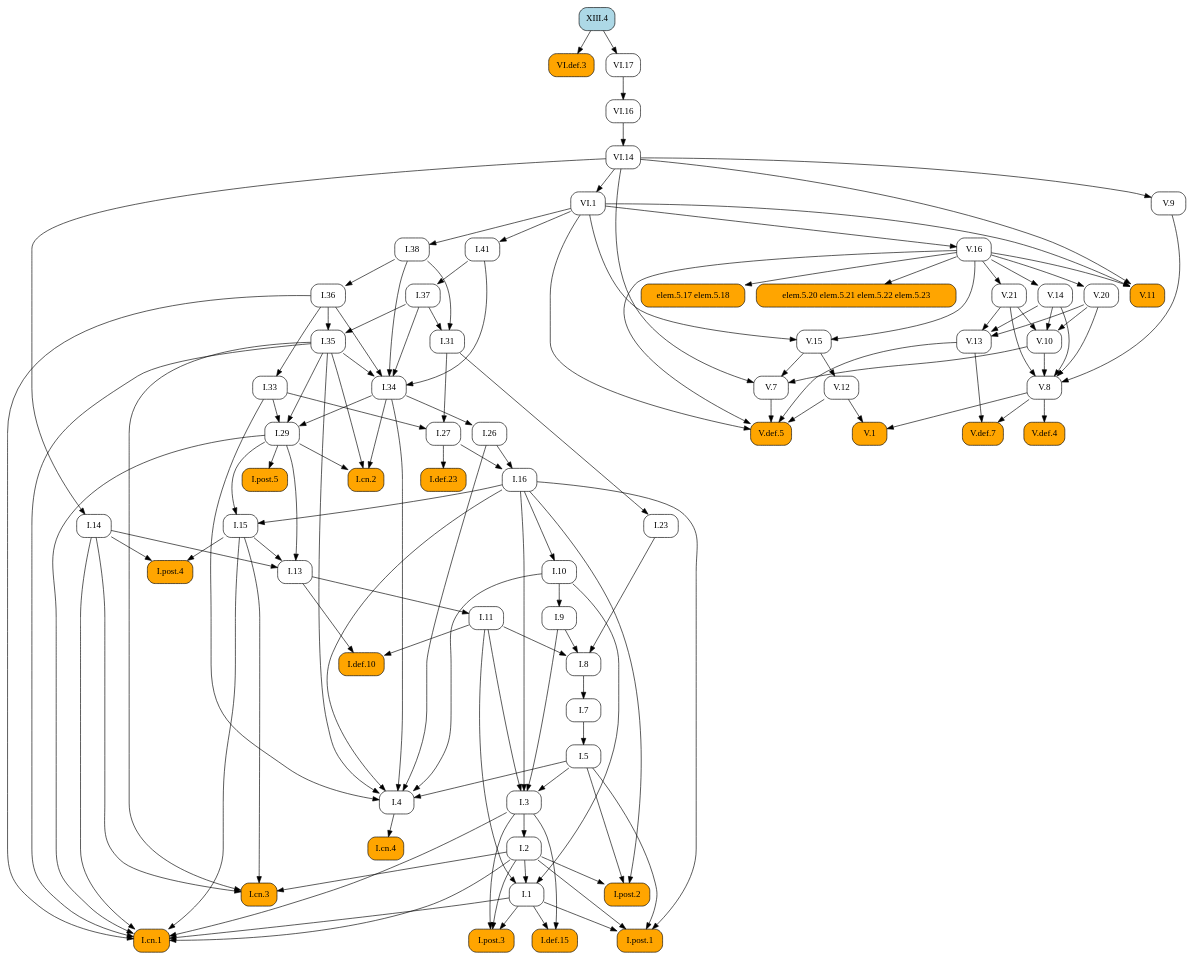
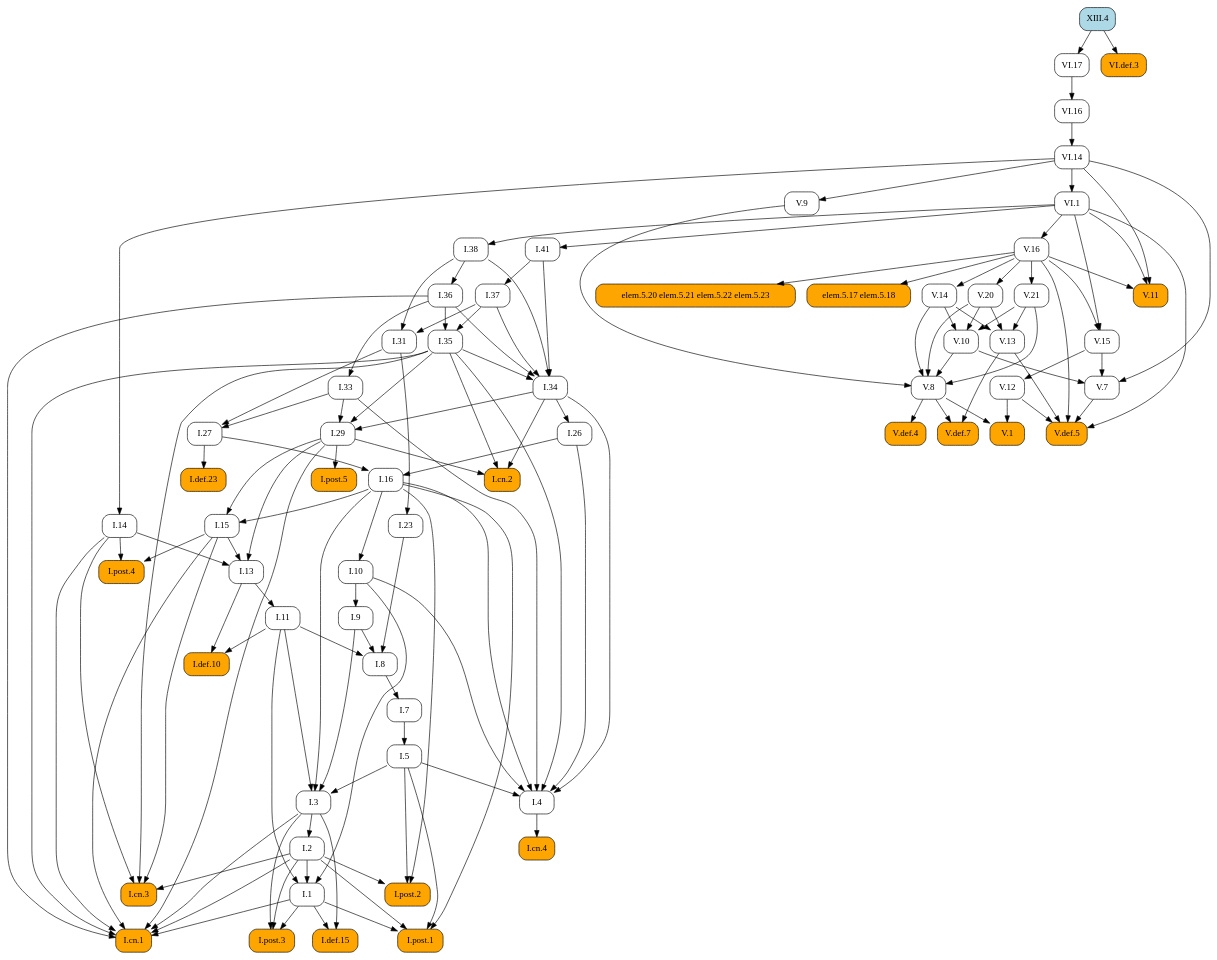
Before and after one commit to geometor/elements: the diagram in docsrc/heath/XIII/4/index.rst, drawn with Graphviz. The commit also changed other lines of this file and 1029 other files, not shown here.

```diff
--- a/docsrc/heath/XIII/4/index.rst
+++ b/docsrc/heath/XIII/4/index.rst
@@ -43,186 +43,108 @@
    digraph {
      rankdir="TB";
      node [shape=box, style=rounded];
-     "V.1" [style="rounded,filled", fillcolor=orange, URL="/heath/V/1/", target="_top"];
+     "I.def.10" [style="rounded,filled", fillcolor=orange, URL="/heath/I/def.10/", target="_top"];
+     "I.11" [URL="/heath/I/11/", target="_top"];
+     "I.post.4" [style="rounded,filled", fillcolor=orange, URL="/heath/I/post.4/", target="_top"];
+     "I.1" [URL="/heath/I/1/", target="_top"];
+     "I.26" [URL="/heath/I/26/", target="_top"];
+     "V.14" [URL="/heath/V/14/", target="_top"];
+     "V.def.5" [style="rounded,filled", fillcolor=orange, URL="/heath/V/def.5/", target="_top"];
+     "I.29" [URL="/heath/I/29/", target="_top"];
+     "V.12" [URL="/heath/V/12/", target="_top"];
+     "I.cn.2" [style="rounded,filled", fillcolor=orange, URL="/heath/I/cn.2/", target="_top"];
+     "V.20" [URL="/heath/V/20/", target="_top"];
+     "V.10" [URL="/heath/V/10/", target="_top"];
+     "V.11" [style="rounded,filled", fillcolor=orange, URL="/heath/V/11/", target="_top"];
+     "V.13" [URL="/heath/V/13/", target="_top"];
+     "I.def.15" [style="rounded,filled", fillcolor=orange, URL="/heath/I/def.15/", target="_top"];
+     "XIII.4" [style="rounded,filled", fillcolor=lightblue, URL="/heath/XIII/4/", target="_top"];
+     "V.15" [URL="/heath/V/15/", target="_top"];
+     "VI.1" [URL="/heath/VI/1/", target="_top"];
+     "I.post.3" [style="rounded,filled", fillcolor=orange, URL="/heath/I/post.3/", target="_top"];
+     "I.cn.1" [style="rounded,filled", fillcolor=orange, URL="/heath/I/cn.1/", target="_top"];
      "I.cn.3" [style="rounded,filled", fillcolor=orange, URL="/heath/I/cn.3/", target="_top"];
-     "I.29" [URL="/heath/I/29/", target="_top"];
-     "I.7" [URL="/heath/I/7/", target="_top"];
+     "V.7" [URL="/heath/V/7/", target="_top"];
+     "VI.17" [URL="/heath/VI/17/", target="_top"];
+     "I.14" [URL="/heath/I/14/", target="_top"];
+     "V.9" [URL="/heath/V/9/", target="_top"];
+     "V.16" [URL="/heath/V/16/", target="_top"];
+     "I.23" [URL="/heath/I/23/", target="_top"];
+     "I.post.1" [style="rounded,filled", fillcolor=orange, URL="/heath/I/post.1/", target="_top"];
+     "I.35" [URL="/heath/I/35/", target="_top"];
+     "V.8" [URL="/heath/V/8/", target="_top"];
+     "I.41" [URL="/heath/I/41/", target="_top"];
+     "I.36" [URL="/heath/I/36/", target="_top"];
      "I.27" [URL="/heath/I/27/", target="_top"];
-     "I.38" [URL="/heath/I/38/", target="_top"];
-     "V.16" [URL="/heath/V/16/", target="_top"];
-     "V.15" [URL="/heath/V/15/", target="_top"];
      "I.37" [URL="/heath/I/37/", target="_top"];
      "I.34" [URL="/heath/I/34/", target="_top"];
-     "V.20" [URL="/heath/V/20/", target="_top"];
+     "I.3" [URL="/heath/I/3/", target="_top"];
+     "I.7" [URL="/heath/I/7/", target="_top"];
+     "I.2" [URL="/heath/I/2/", target="_top"];
+     "I.4" [URL="/heath/I/4/", target="_top"];
+     "I.def.23" [style="rounded,filled", fillcolor=orange, URL="/heath/I/def.23/", target="_top"];
+     "I.13" [URL="/heath/I/13/", target="_top"];
+     "I.33" [URL="/heath/I/33/", target="_top"];
+     "I.31" [URL="/heath/I/31/", target="_top"];
+     "I.post.2" [style="rounded,filled", fillcolor=orange, URL="/heath/I/post.2/", target="_top"];
+     "V.1" [style="rounded,filled", fillcolor=orange, URL="/heath/V/1/", target="_top"];
+     "I.16" [URL="/heath/I/16/", target="_top"];
+     "elem.5.20 elem.5.21 elem.5.22 elem.5.23" [style="rounded,filled", fillcolor=orange];
+     "elem.5.17 elem.5.18" [style="rounded,filled", fillcolor=orange];
+     "VI.def.3" [style="rounded,filled", fillcolor=orange, URL="/heath/VI/def.3/", target="_top"];
+     "I.9" [URL="/heath/I/9/", target="_top"];
      "I.8" [URL="/heath/I/8/", target="_top"];
-     "I.def.23" [style="rounded,filled", fillcolor=orange, URL="/heath/I/def.23/", target="_top"];
-     "I.9" [URL="/heath/I/9/", target="_top"];
      "V.def.4" [style="rounded,filled", fillcolor=orange, URL="/heath/V/def.4/", target="_top"];
-     "V.21" [URL="/heath/V/21/", target="_top"];
-     "VI.def.3" [style="rounded,filled", fillcolor=orange, URL="/heath/VI/def.3/", target="_top"];
-     "V.8" [URL="/heath/V/8/", target="_top"];
-     "I.post.4" [style="rounded,filled", fillcolor=orange, URL="/heath/I/post.4/", target="_top"];
-     "I.2" [URL="/heath/I/2/", target="_top"];
-     "V.7" [URL="/heath/V/7/", target="_top"];
-     "I.1" [URL="/heath/I/1/", target="_top"];
-     "I.def.15" [style="rounded,filled", fillcolor=orange, URL="/heath/I/def.15/", target="_top"];
-     "XIII.4" [style="rounded,filled", fillcolor=lightblue, URL="/heath/XIII/4/", target="_top"];
-     "V.13" [URL="/heath/V/13/", target="_top"];
-     "I.post.1" [style="rounded,filled", fillcolor=orange, URL="/heath/I/post.1/", target="_top"];
-     "VI.17" [URL="/heath/VI/17/", target="_top"];
+     "VI.16" [URL="/heath/VI/16/", target="_top"];
      "VI.14" [URL="/heath/VI/14/", target="_top"];
      "I.cn.4" [style="rounded,filled", fillcolor=orange, URL="/heath/I/cn.4/", target="_top"];
-     "I.26" [URL="/heath/I/26/", target="_top"];
-     "I.33" [URL="/heath/I/33/", target="_top"];
+     "I.15" [URL="/heath/I/15/", target="_top"];
+     "I.post.5" [style="rounded,filled", fillcolor=orange, URL="/heath/I/post.5/", target="_top"];
+     "I.38" [URL="/heath/I/38/", target="_top"];
      "V.def.7" [style="rounded,filled", fillcolor=orange, URL="/heath/V/def.7/", target="_top"];
-     "elem.5.20 elem.5.21 elem.5.22 elem.5.23" [style="rounded,filled", fillcolor=orange];
-     "I.23" [URL="/heath/I/23/", target="_top"];
-     "I.13" [URL="/heath/I/13/", target="_top"];
-     "I.cn.2" [style="rounded,filled", fillcolor=orange, URL="/heath/I/cn.2/", target="_top"];
+     "I.10" [URL="/heath/I/10/", target="_top"];
      "I.5" [URL="/heath/I/5/", target="_top"];
-     "I.11" [URL="/heath/I/11/", target="_top"];
-     "V.10" [URL="/heath/V/10/", target="_top"];
-     "V.def.5" [style="rounded,filled", fillcolor=orange, URL="/heath/V/def.5/", target="_top"];
-     "I.4" [URL="/heath/I/4/", target="_top"];
-     "I.10" [URL="/heath/I/10/", target="_top"];
-     "I.3" [URL="/heath/I/3/", target="_top"];
-     "I.16" [URL="/heath/I/16/", target="_top"];
-     "VI.16" [URL="/heath/VI/16/", target="_top"];
-     "I.31" [URL="/heath/I/31/", target="_top"];
-     "I.def.10" [style="rounded,filled", fillcolor=orange, URL="/heath/I/def.10/", target="_top"];
-     "V.11" [style="rounded,filled", fillcolor=orange, URL="/heath/V/11/", target="_top"];
-     "I.post.2" [style="rounded,filled", fillcolor=orange, URL="/heath/I/post.2/", target="_top"];
-     "I.post.3" [style="rounded,filled", fillcolor=orange, URL="/heath/I/post.3/", target="_top"];
-     "VI.1" [URL="/heath/VI/1/", target="_top"];
-     "V.9" [URL="/heath/V/9/", target="_top"];
-     "I.post.5" [style="rounded,filled", fillcolor=orange, URL="/heath/I/post.5/", target="_top"];
-     "elem.5.17 elem.5.18" [style="rounded,filled", fillcolor=orange];
-     "I.14" [URL="/heath/I/14/", target="_top"];
-     "I.36" [URL="/heath/I/36/", target="_top"];
-     "V.12" [URL="/heath/V/12/", target="_top"];
-     "I.35" [URL="/heath/I/35/", target="_top"];
-     "I.15" [URL="/heath/I/15/", target="_top"];
-     "I.cn.1" [style="rounded,filled", fillcolor=orange, URL="/heath/I/cn.1/", target="_top"];
-     "I.41" [URL="/heath/I/41/", target="_top"];
-     "V.14" [URL="/heath/V/14/", target="_top"];
-     "V.8" -> "V.1";
-     "V.12" -> "V.1";
-     "I.2" -> "I.cn.3";
-     "I.14" -> "I.cn.3";
-     "I.15" -> "I.cn.3";
-     "I.35" -> "I.cn.3";
-     "I.33" -> "I.29";
-     "I.34" -> "I.29";
-     "I.35" -> "I.29";
-     "I.8" -> "I.7";
-     "I.31" -> "I.27";
-     "I.33" -> "I.27";
-     "VI.1" -> "I.38";
-     "VI.1" -> "V.16";
-     "V.16" -> "V.15";
-     "VI.1" -> "V.15";
-     "I.41" -> "I.37";
-     "I.35" -> "I.34";
-     "I.36" -> "I.34";
-     "I.37" -> "I.34";
-     "I.38" -> "I.34";
-     "I.41" -> "I.34";
-     "V.16" -> "V.20";
-     "I.9" -> "I.8";
-     "I.11" -> "I.8";
-     "I.23" -> "I.8";
-     "I.27" -> "I.def.23";
-     "I.10" -> "I.9";
-     "V.8" -> "V.def.4";
-     "V.16" -> "V.21";
-     "XIII.4" -> "VI.def.3";
-     "V.9" -> "V.8";
-     "V.10" -> "V.8";
-     "V.14" -> "V.8";
-     "V.20" -> "V.8";
-     "V.21" -> "V.8";
+     "V.21" [URL="/heath/V/21/", target="_top"];
+     "I.11" -> "I.def.10";
+     "I.13" -> "I.def.10";
+     "I.13" -> "I.11";
      "I.14" -> "I.post.4";
      "I.15" -> "I.post.4";
-     "I.3" -> "I.2";
-     "V.10" -> "V.7";
-     "V.15" -> "V.7";
-     "VI.14" -> "V.7";
      "I.2" -> "I.1";
      "I.10" -> "I.1";
      "I.11" -> "I.1";
-     "I.1" -> "I.def.15";
-     "I.3" -> "I.def.15";
-     "V.14" -> "V.13";
-     "V.20" -> "V.13";
-     "V.21" -> "V.13";
-     "I.1" -> "I.post.1";
-     "I.2" -> "I.post.1";
-     "I.5" -> "I.post.1";
-     "I.16" -> "I.post.1";
-     "XIII.4" -> "VI.17";
-     "VI.16" -> "VI.14";
-     "I.4" -> "I.cn.4";
      "I.34" -> "I.26";
-     "I.36" -> "I.33";
-     "V.8" -> "V.def.7";
-     "V.13" -> "V.def.7";
-     "V.16" -> "elem.5.20 elem.5.21 elem.5.22 elem.5.23";
-     "I.31" -> "I.23";
-     "I.14" -> "I.13";
-     "I.15" -> "I.13";
-     "I.29" -> "I.13";
-     "I.29" -> "I.cn.2";
-     "I.34" -> "I.cn.2";
-     "I.35" -> "I.cn.2";
-     "I.7" -> "I.5";
-     "I.13" -> "I.11";
-     "V.14" -> "V.10";
-     "V.20" -> "V.10";
-     "V.21" -> "V.10";
+     "V.16" -> "V.14";
      "V.7" -> "V.def.5";
      "V.12" -> "V.def.5";
      "V.13" -> "V.def.5";
      "V.16" -> "V.def.5";
      "VI.1" -> "V.def.5";
-     "I.5" -> "I.4";
-     "I.10" -> "I.4";
-     "I.16" -> "I.4";
-     "I.26" -> "I.4";
-     "I.33" -> "I.4";
-     "I.34" -> "I.4";
-     "I.35" -> "I.4";
-     "I.16" -> "I.10";
-     "I.5" -> "I.3";
-     "I.9" -> "I.3";
-     "I.11" -> "I.3";
-     "I.16" -> "I.3";
-     "I.26" -> "I.16";
-     "I.27" -> "I.16";
-     "VI.17" -> "VI.16";
-     "I.37" -> "I.31";
-     "I.38" -> "I.31";
-     "I.11" -> "I.def.10";
-     "I.13" -> "I.def.10";
+     "I.33" -> "I.29";
+     "I.34" -> "I.29";
+     "I.35" -> "I.29";
+     "V.15" -> "V.12";
+     "I.29" -> "I.cn.2";
+     "I.34" -> "I.cn.2";
+     "I.35" -> "I.cn.2";
+     "V.16" -> "V.20";
+     "V.14" -> "V.10";
+     "V.20" -> "V.10";
+     "V.21" -> "V.10";
      "V.16" -> "V.11";
      "VI.1" -> "V.11";
      "VI.14" -> "V.11";
-     "I.2" -> "I.post.2";
-     "I.5" -> "I.post.2";
-     "I.16" -> "I.post.2";
+     "V.14" -> "V.13";
+     "V.20" -> "V.13";
+     "V.21" -> "V.13";
+     "I.1" -> "I.def.15";
+     "I.3" -> "I.def.15";
+     "V.16" -> "V.15";
+     "VI.1" -> "V.15";
+     "VI.14" -> "VI.1";
      "I.1" -> "I.post.3";
      "I.2" -> "I.post.3";
      "I.3" -> "I.post.3";
-     "VI.14" -> "VI.1";
-     "VI.14" -> "V.9";
-     "I.29" -> "I.post.5";
-     "V.16" -> "elem.5.17 elem.5.18";
-     "VI.14" -> "I.14";
-     "I.38" -> "I.36";
-     "V.15" -> "V.12";
-     "I.36" -> "I.35";
-     "I.37" -> "I.35";
-     "I.16" -> "I.15";
-     "I.29" -> "I.15";
      "I.1" -> "I.cn.1";
      "I.2" -> "I.cn.1";
      "I.3" -> "I.cn.1";
@@ -231,6 +153,84 @@
      "I.29" -> "I.cn.1";
      "I.35" -> "I.cn.1";
      "I.36" -> "I.cn.1";
+     "I.2" -> "I.cn.3";
+     "I.14" -> "I.cn.3";
+     "I.15" -> "I.cn.3";
+     "I.35" -> "I.cn.3";
+     "V.10" -> "V.7";
+     "V.15" -> "V.7";
+     "VI.14" -> "V.7";
+     "XIII.4" -> "VI.17";
+     "VI.14" -> "I.14";
+     "VI.14" -> "V.9";
+     "VI.1" -> "V.16";
+     "I.31" -> "I.23";
+     "I.1" -> "I.post.1";
+     "I.2" -> "I.post.1";
+     "I.5" -> "I.post.1";
+     "I.16" -> "I.post.1";
+     "I.36" -> "I.35";
+     "I.37" -> "I.35";
+     "V.9" -> "V.8";
+     "V.10" -> "V.8";
+     "V.14" -> "V.8";
+     "V.20" -> "V.8";
+     "V.21" -> "V.8";
      "VI.1" -> "I.41";
-     "V.16" -> "V.14";
+     "I.38" -> "I.36";
+     "I.31" -> "I.27";
+     "I.33" -> "I.27";
+     "I.41" -> "I.37";
+     "I.35" -> "I.34";
+     "I.36" -> "I.34";
+     "I.37" -> "I.34";
+     "I.38" -> "I.34";
+     "I.41" -> "I.34";
+     "I.5" -> "I.3";
+     "I.9" -> "I.3";
+     "I.11" -> "I.3";
+     "I.16" -> "I.3";
+     "I.8" -> "I.7";
+     "I.3" -> "I.2";
+     "I.5" -> "I.4";
+     "I.10" -> "I.4";
+     "I.16" -> "I.4";
+     "I.26" -> "I.4";
+     "I.33" -> "I.4";
+     "I.34" -> "I.4";
+     "I.35" -> "I.4";
+     "I.27" -> "I.def.23";
+     "I.14" -> "I.13";
+     "I.15" -> "I.13";
+     "I.29" -> "I.13";
+     "I.36" -> "I.33";
+     "I.37" -> "I.31";
+     "I.38" -> "I.31";
+     "I.2" -> "I.post.2";
+     "I.5" -> "I.post.2";
+     "I.16" -> "I.post.2";
+     "V.8" -> "V.1";
+     "V.12" -> "V.1";
+     "I.26" -> "I.16";
+     "I.27" -> "I.16";
+     "V.16" -> "elem.5.20 elem.5.21 elem.5.22 elem.5.23";
+     "V.16" -> "elem.5.17 elem.5.18";
+     "XIII.4" -> "VI.def.3";
+     "I.10" -> "I.9";
+     "I.9" -> "I.8";
+     "I.11" -> "I.8";
+     "I.23" -> "I.8";
+     "V.8" -> "V.def.4";
+     "VI.17" -> "VI.16";
+     "VI.16" -> "VI.14";
+     "I.4" -> "I.cn.4";
+     "I.16" -> "I.15";
+     "I.29" -> "I.15";
+     "I.29" -> "I.post.5";
+     "VI.1" -> "I.38";
+     "V.8" -> "V.def.7";
+     "V.13" -> "V.def.7";
+     "I.16" -> "I.10";
+     "I.7" -> "I.5";
+     "V.16" -> "V.21";
    }
```
